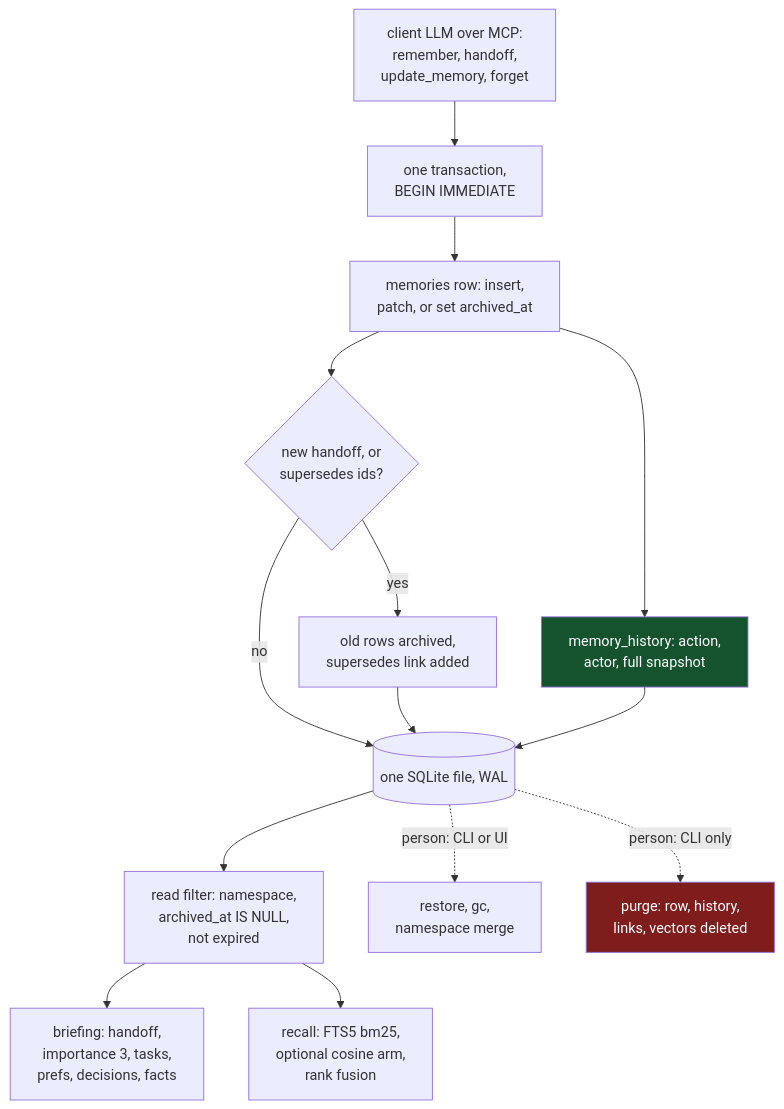
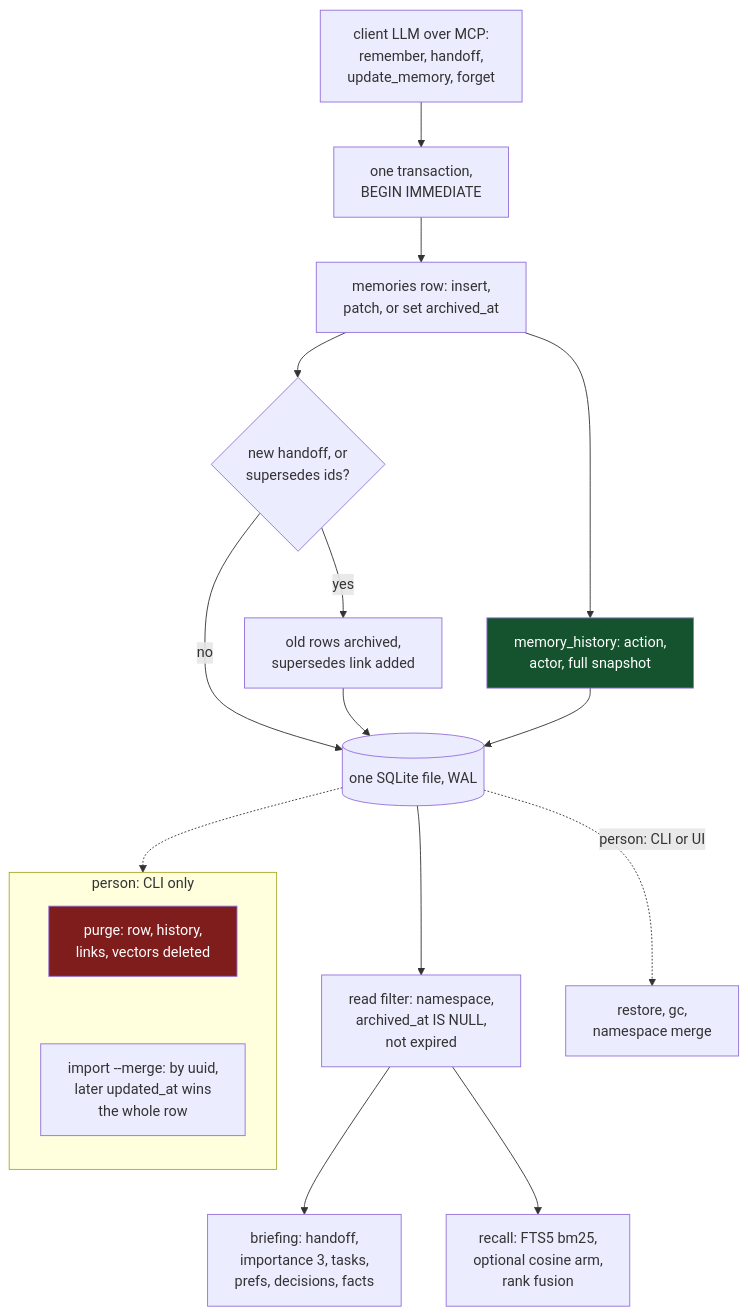
One commit to neoneye/agent-memory-atlas changed the diagram in content/systems/llm-memory-morditux.md. Above: the diagram before and after it, drawn with Mermaid. The commit also changed other lines of this file and 12 other files, not shown here.

````diff
--- a/content/systems/llm-memory-morditux.md
+++ b/content/systems/llm-memory-morditux.md
@@ -100,19 +112,25 @@
 ```mermaid
 %% caption: every write appends a history snapshot in the same transaction and every read arm drops archived and expired rows; restore and hard delete have no MCP verb
 flowchart TD
     A["client LLM over MCP:<br/>remember, handoff,<br/>update_memory, forget"] --> B["one transaction,<br/>BEGIN IMMEDIATE"]
     B --> C["memories row: insert,<br/>patch, or set archived_at"]
     C --> D["memory_history: action,<br/>actor, full snapshot"]
     C --> E{"new handoff, or<br/>supersedes ids?"}
     E -->|"yes"| F["old rows archived,<br/>supersedes link added"]
     E -->|"no"| G[("one SQLite file, WAL")]
     F --> G
     D --> G
     G --> H["read filter: namespace,<br/>archived_at IS NULL,<br/>not expired"]
     H --> I["briefing: handoff,<br/>importance 3, tasks,<br/>prefs, decisions, facts"]
     H --> J["recall: FTS5 bm25,<br/>optional cosine arm,<br/>rank fusion"]
     G -.->|"person: CLI or UI"| K["restore, gc,<br/>namespace merge"]
-    G -.->|"person: CLI only"| L["purge: row, history,<br/>links, vectors deleted"]
+    subgraph P["person: CLI only"]
+        direction TB
+        L["purge: row, history,<br/>links, vectors deleted"]
+        M["import --merge: by uuid,<br/>later updated_at wins<br/>the whole row"]
+        L ~~~ M
+    end
+    G -.-> P
     style L fill:#7f1d1d,color:#fff
     style D fill:#14532d,color:#fff
 ```
````
